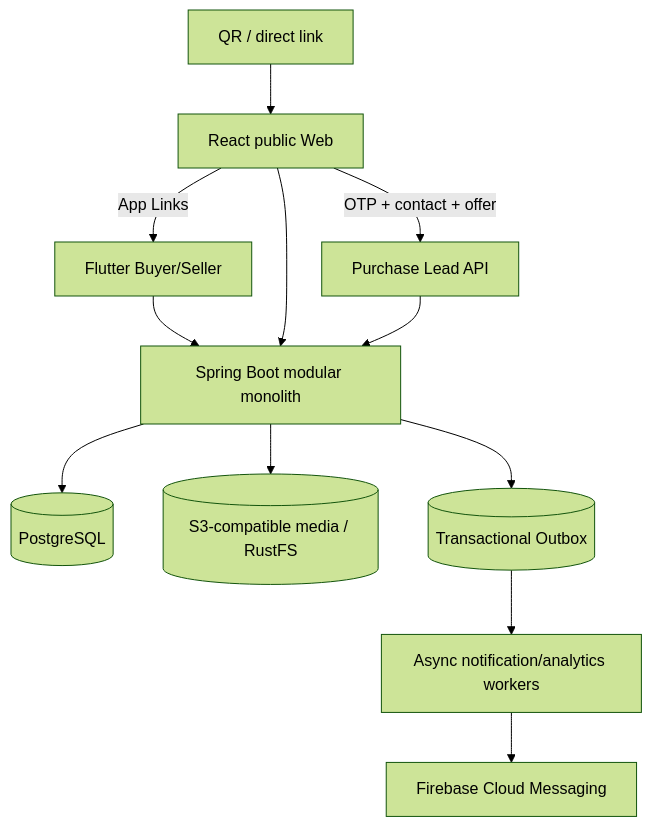
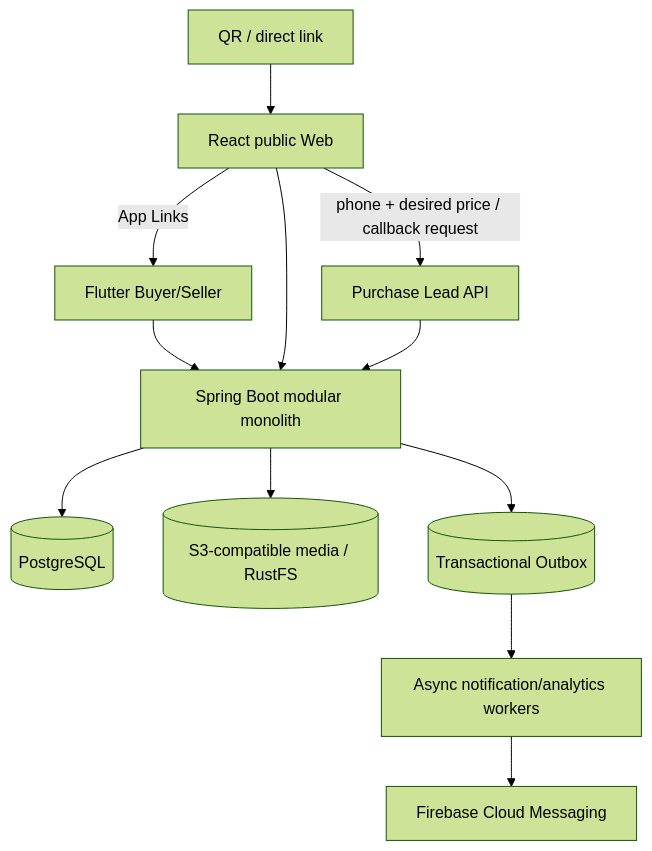
One commit to alimbetov/QRM changed the first of 2 diagrams in docs/ARCHITECTURE.md. Above: the diagram before and after it, drawn with Mermaid (forest theme). The commit also changed other lines of this file, not shown here.

Commit message:
docs: align callback leads, Flutter agreement and buyer cancellation

````diff
--- a/docs/ARCHITECTURE.md
+++ b/docs/ARCHITECTURE.md
@@ -7,14 +7,14 @@
 ```mermaid
 flowchart TD
   QR[QR / direct link] --> WEB[React public Web]
-  WEB -->|OTP + contact + offer| LEAD[Purchase Lead API]
+  WEB -->|phone + desired price / callback request| LEAD[Purchase Lead API]
   WEB -->|App Links| FLUTTER[Flutter Buyer/Seller]
   FLUTTER --> API[Spring Boot modular monolith]
   WEB --> API
   LEAD --> API
   API --> PG[(PostgreSQL)]
   API --> OBJ[(S3-compatible media / RustFS)]
   API --> OUTBOX[(Transactional Outbox)]
   OUTBOX --> WORKER[Async notification/analytics workers]
   WORKER --> FCM[Firebase Cloud Messaging]
 ```
````
